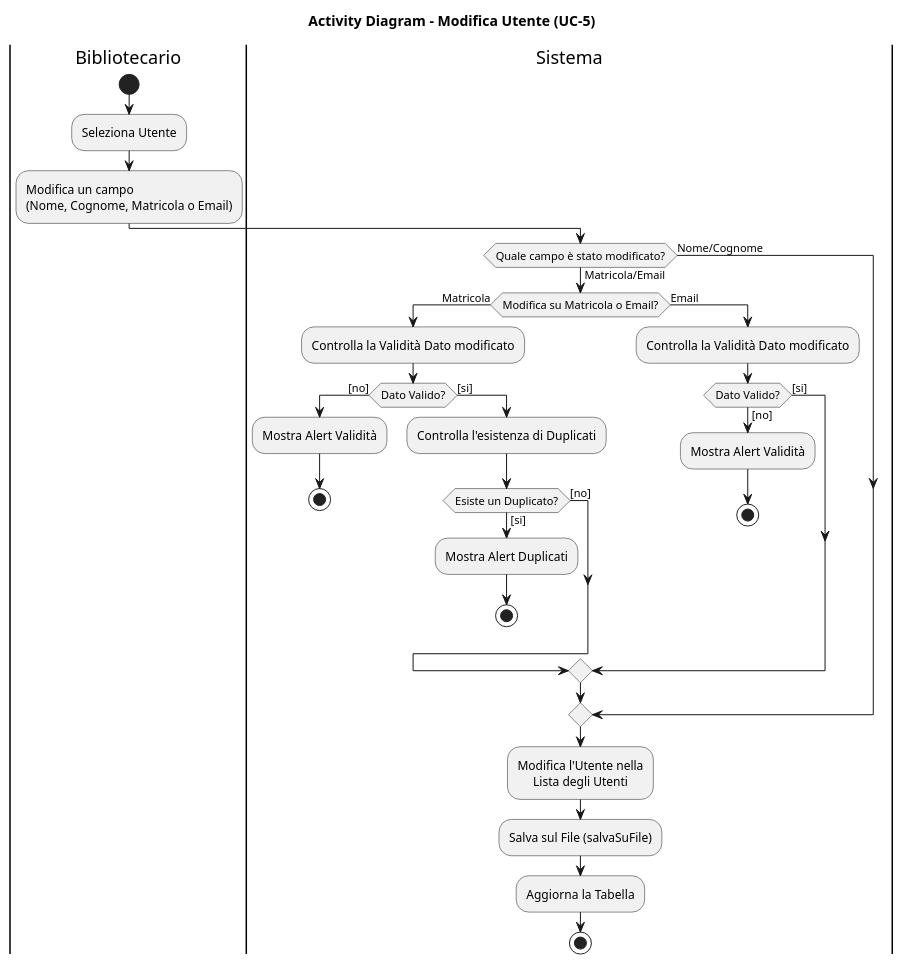
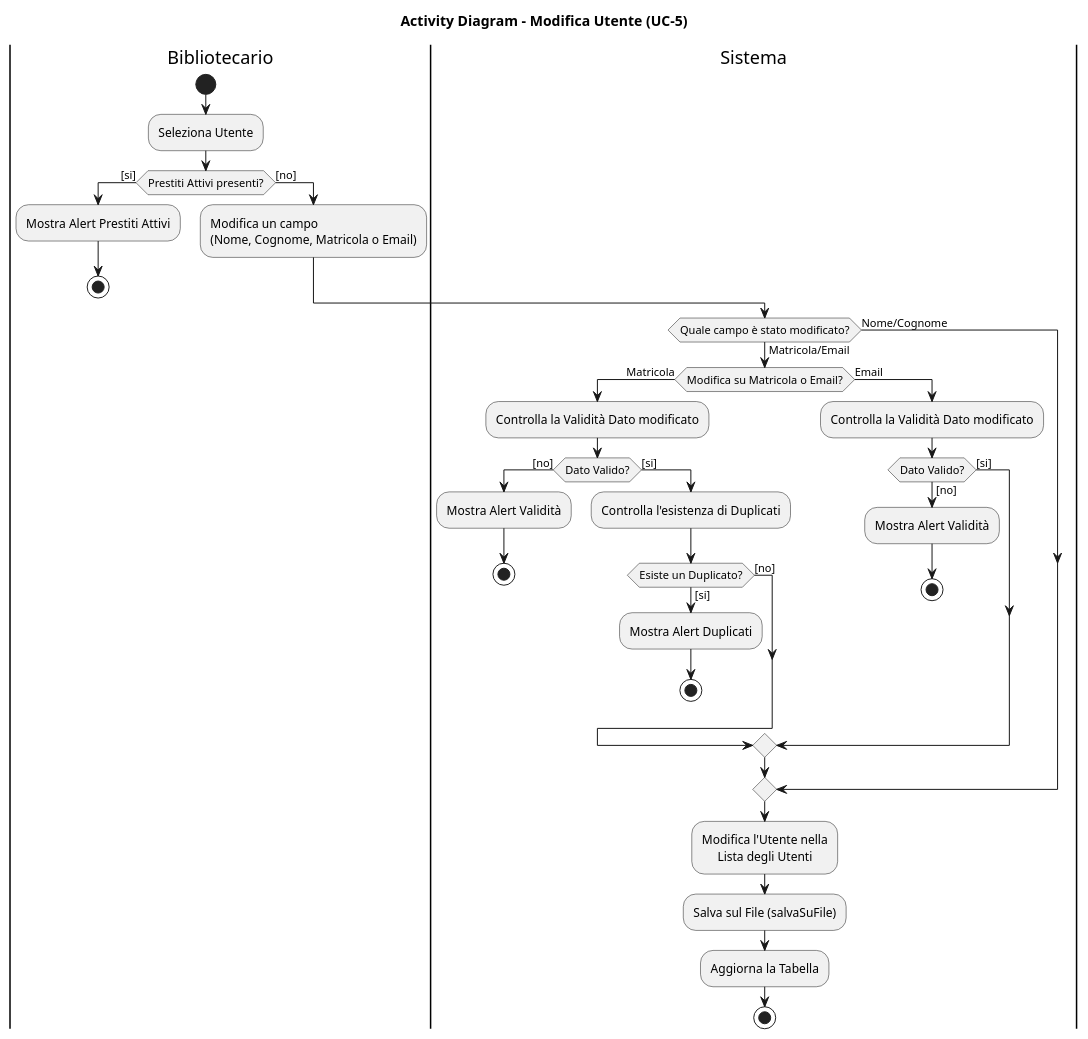
The diagram in Diagrams/Activity Diagrams/AD_ModificaUtente.puml (AngeloMastandrea04/SoftEng2025_G19), drawn with PlantUML before and after one commit. The commit also changed 5 other files, not shown here.

First line of the commit message:
Modifiche per impedire la modifica di utenti/libri con prestiti attivi

```diff
--- a/Diagrams/Activity Diagrams/AD_ModificaUtente.puml
+++ b/Diagrams/Activity Diagrams/AD_ModificaUtente.puml
@@ -1,47 +1,56 @@
 @startuml act_modifica_split
 title Activity Diagram - Modifica Utente (UC-5)
 
 |Bibliotecario|
 start
 
 |Bibliotecario|
 :Seleziona Utente;
-:Modifica un campo
-(Nome, Cognome, Matricola o Email);
+
+if (Prestiti Attivi presenti?) then ([si])
+    :Mostra Alert Prestiti Attivi;
+    stop
+else ([no])
+    :Modifica un campo
+    (Nome, Cognome, Matricola o Email);
+endif
+
+
+
 
 |Sistema|
 if (Quale campo è stato modificato?) then (Matricola/Email)
 
 if (Modifica su Matricola o Email?) then (Matricola)
     :Controlla la Validità Dato modificato;
     if (Dato Valido?) then ([no])
         :Mostra Alert Validità;
         stop
     else ([si])
         :Controlla l'esistenza di Duplicati;
         if (Esiste un Duplicato?) then ([si])
             :Mostra Alert Duplicati;
             stop
         else ([no])
         endif
     endif
 
 else (Email)
     :Controlla la Validità Dato modificato;
     if (Dato Valido?) then ([no])
         :Mostra Alert Validità;
         stop
     else ([si])
     endif
 endif
 
 else (Nome/Cognome)
 endif
 
 :Modifica l'Utente nella 
      Lista degli Utenti;
 :Salva sul File (salvaSuFile);
 :Aggiorna la Tabella;
 
 stop
 @enduml
```
